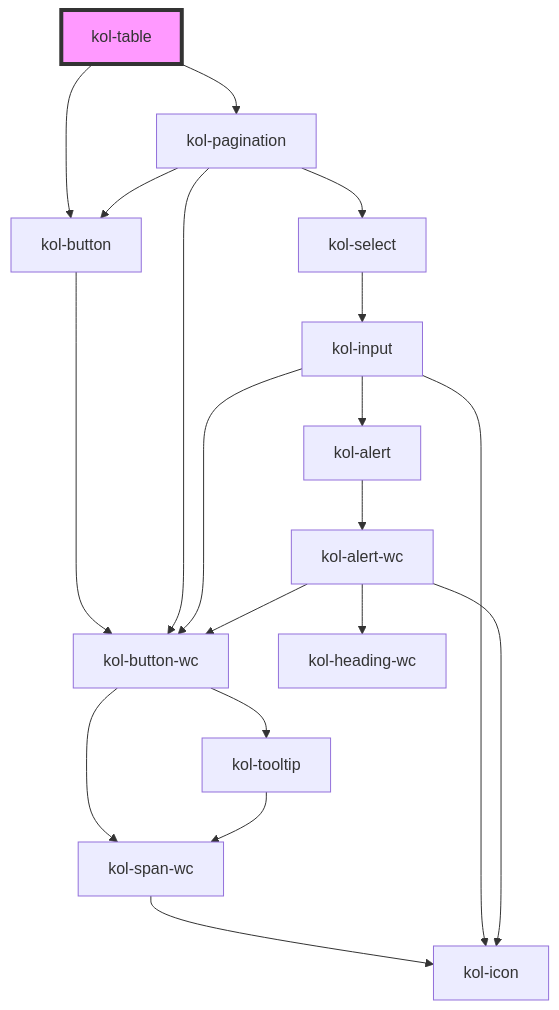
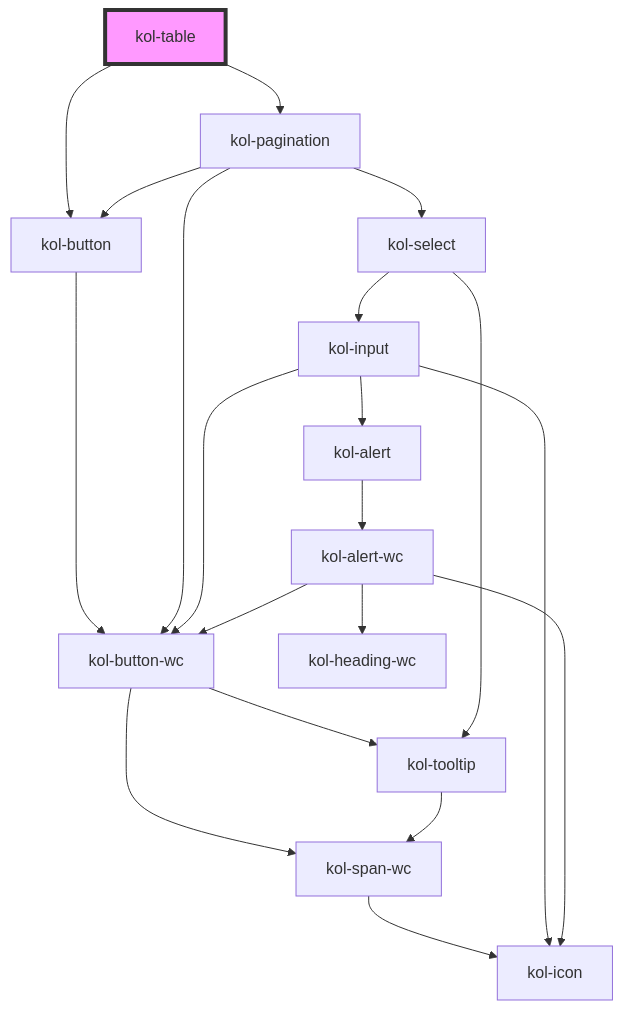
The diagram in packages/components/src/components/table/readme.md (public-ui/kolibri), drawn with Mermaid before and after one commit. The commit also changed 96 other files, not shown here.

````diff
--- a/packages/components/src/components/table/readme.md
+++ b/packages/components/src/components/table/readme.md
@@ -142,22 +142,23 @@
 ```mermaid
 graph TD;
   kol-table --> kol-button
   kol-table --> kol-pagination
   kol-button --> kol-button-wc
   kol-button-wc --> kol-span-wc
   kol-button-wc --> kol-tooltip
   kol-span-wc --> kol-icon
   kol-tooltip --> kol-span-wc
   kol-pagination --> kol-button
   kol-pagination --> kol-select
   kol-pagination --> kol-button-wc
   kol-select --> kol-input
+  kol-select --> kol-tooltip
   kol-input --> kol-icon
   kol-input --> kol-button-wc
   kol-input --> kol-alert
   kol-alert --> kol-alert-wc
   kol-alert-wc --> kol-heading-wc
   kol-alert-wc --> kol-button-wc
   kol-alert-wc --> kol-icon
   style kol-table fill:#f9f,stroke:#333,stroke-width:4px
 ```
````
